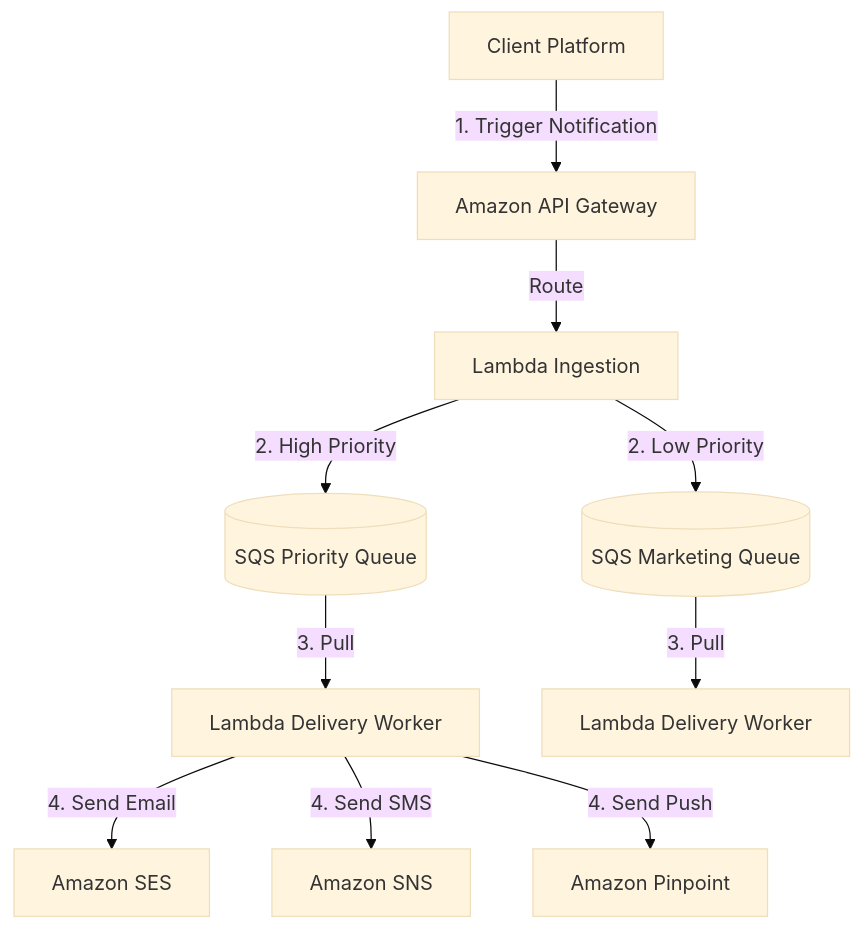
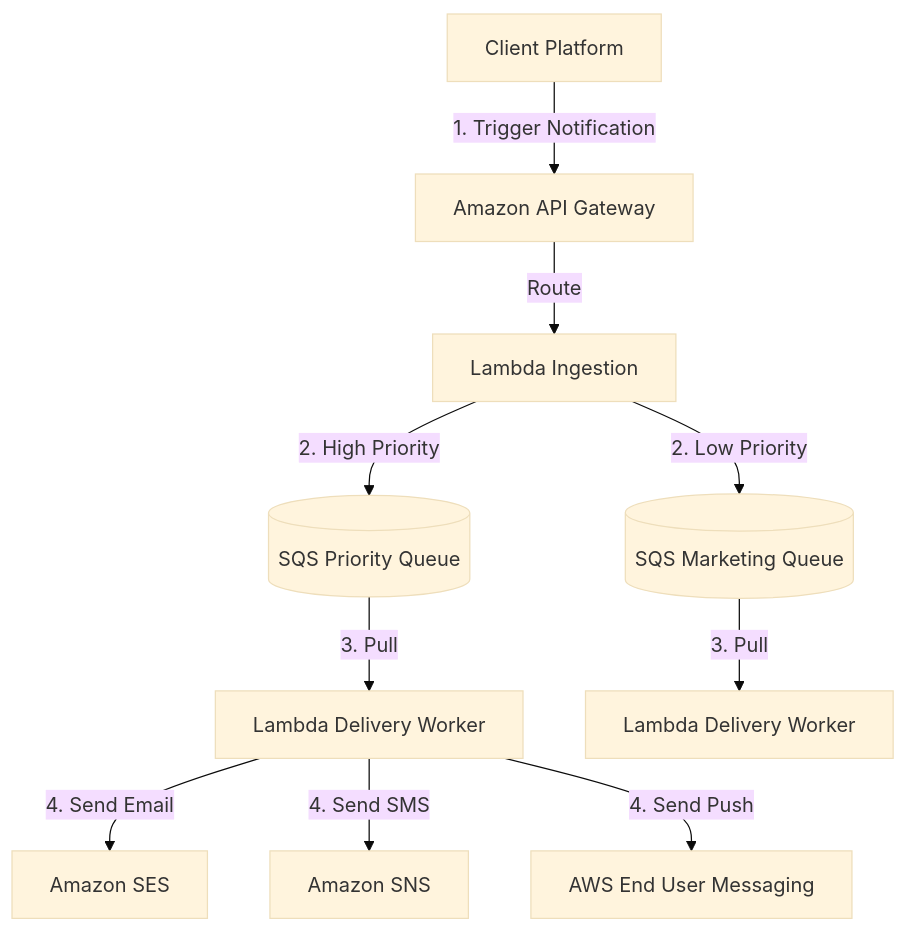
Before and after one commit to himanshubhardwaj87/awesome-aws-architecture: the tenth of 10 diagrams in cheatsheets/classic-system-design-aws.md, drawn with Mermaid (base theme). The commit also changed other lines of this file and 18 other files, not shown here.

````diff
--- a/cheatsheets/classic-system-design-aws.md
+++ b/cheatsheets/classic-system-design-aws.md
@@ -247,15 +247,15 @@
 ```mermaid
 graph TD
     Client[Client Platform] -->|1. Trigger Notification| APIGW[Amazon API Gateway]
     APIGW -->|Route| LambdaIngest[Lambda Ingestion]
     
     LambdaIngest -->|2. High Priority| QueueHigh[(SQS Priority Queue)]
     LambdaIngest -->|2. Low Priority| QueueLow[(SQS Marketing Queue)]
     
     QueueHigh -->|3. Pull| SenderHigh[Lambda Delivery Worker]
     QueueLow -->|3. Pull| SenderLow[Lambda Delivery Worker]
     
     SenderHigh -->|4. Send Email| SES[Amazon SES]
     SenderHigh -->|4. Send SMS| SNS[Amazon SNS]
-    SenderHigh -->|4. Send Push| Pinpoint[Amazon Pinpoint]
+    SenderHigh -->|4. Send Push| EUM[AWS End User Messaging]
 ```
````
